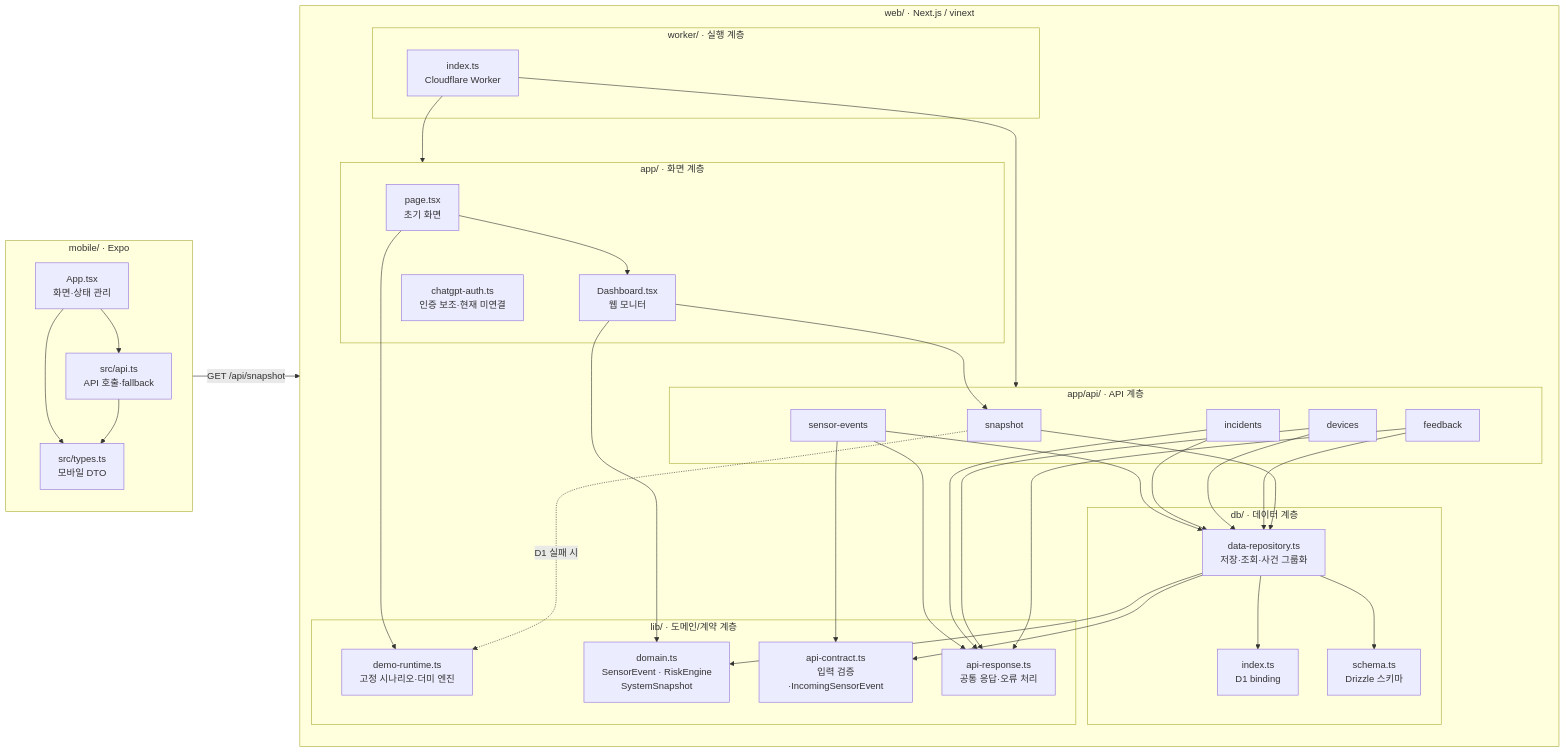
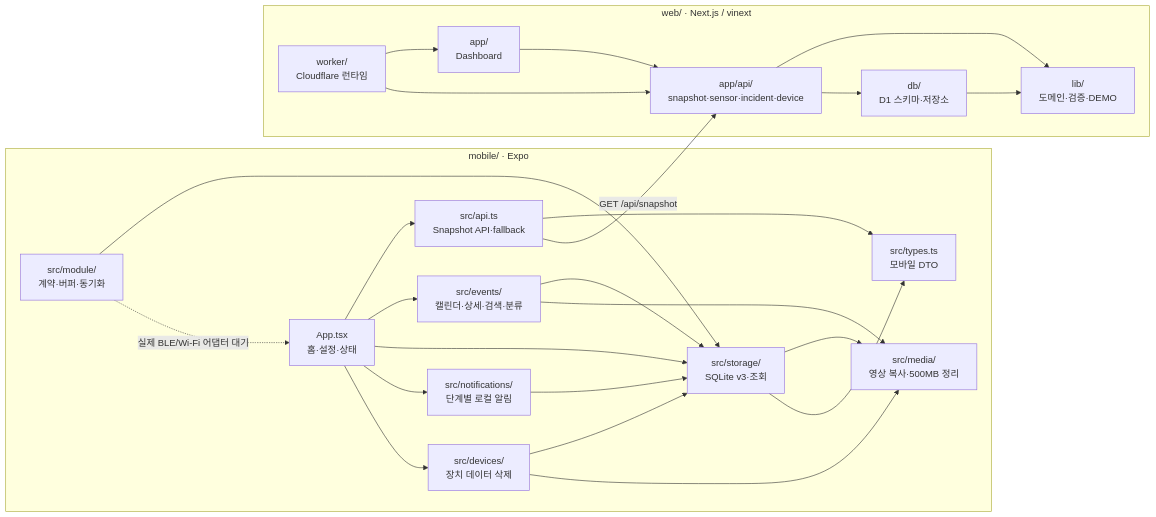
One commit to Uree1229/Risk-ZERO changed the diagram in docs/Diagram/01-package-diagram.md. Above: the diagram before and after it, drawn with Mermaid. The commit also changed other lines of this file and 35 other files, not shown here.

````diff
--- a/docs/Diagram/01-package-diagram.md
+++ b/docs/Diagram/01-package-diagram.md
@@ -9,75 +9,47 @@
 ```mermaid
 flowchart LR
     subgraph Mobile["mobile/ · Expo"]
-        direction TB
-        MobileApp["App.tsx<br/>화면·상태 관리"]
-        MobileAPI["src/api.ts<br/>API 호출·fallback"]
-        MobileTypes["src/types.ts<br/>모바일 DTO"]
+        App["App.tsx<br/>홈·설정·상태"]
+        Events["src/events/<br/>캘린더·상세·검색·분류"]
+        API["src/api.ts<br/>Snapshot API·fallback"]
+        Module["src/module/<br/>계약·버퍼·동기화"]
+        Storage["src/storage/<br/>SQLite v3·조회"]
+        Media["src/media/<br/>영상 복사·500MB 정리"]
+        Notify["src/notifications/<br/>단계별 로컬 알림"]
+        Devices["src/devices/<br/>장치 데이터 삭제"]
+        Types["src/types.ts<br/>모바일 DTO"]
 
-        MobileApp --> MobileAPI
-        MobileApp --> MobileTypes
-        MobileAPI --> MobileTypes
+        App --> API
+        App --> Events
+        App --> Storage
+        App --> Notify
+        App --> Devices
+        Events --> Storage
+        Events --> Media
+        Module --> Storage
+        Storage --> Media
+        Notify --> Storage
+        Devices --> Storage
+        Devices --> Media
+        API --> Types
+        Storage --> Types
     end
 
     subgraph Web["web/ · Next.js / vinext"]
-        direction TB
+        UI["app/<br/>Dashboard"]
+        Routes["app/api/<br/>snapshot·sensor·incident·device"]
+        Domain["lib/<br/>도메인·검증·DEMO"]
+        Repo["db/<br/>D1 스키마·저장소"]
+        Worker["worker/<br/>Cloudflare 런타임"]
 
-        subgraph Presentation["app/ · 화면 계층"]
-            Page["page.tsx<br/>초기 화면"]
-            Dashboard["Dashboard.tsx<br/>웹 모니터"]
-            AuthHelper["chatgpt-auth.ts<br/>인증 보조·현재 미연결"]
-        end
-
-        subgraph Controllers["app/api/ · API 계층"]
-            SnapshotAPI["snapshot"]
-            SensorAPI["sensor-events"]
-            IncidentAPI["incidents"]
-            DeviceAPI["devices"]
-            FeedbackAPI["feedback"]
-        end
-
-        subgraph Domain["lib/ · 도메인/계약 계층"]
-            DomainTypes["domain.ts<br/>SensorEvent · RiskEngine<br/>SystemSnapshot"]
-            APIContract["api-contract.ts<br/>입력 검증·IncomingSensorEvent"]
-            APIResponse["api-response.ts<br/>공통 응답·오류 처리"]
-            DemoRuntime["demo-runtime.ts<br/>고정 시나리오·더미 엔진"]
-        end
-
-        subgraph Persistence["db/ · 데이터 계층"]
-            DBIndex["index.ts<br/>D1 binding"]
-            Repository["data-repository.ts<br/>저장·조회·사건 그룹화"]
-            Schema["schema.ts<br/>Drizzle 스키마"]
-        end
-
-        subgraph Runtime["worker/ · 실행 계층"]
-            Worker["index.ts<br/>Cloudflare Worker"]
-        end
-
-        Page --> DemoRuntime
-        Page --> Dashboard
-        Dashboard --> DomainTypes
-        Dashboard --> SnapshotAPI
-
-        SensorAPI --> APIContract
-        SensorAPI --> APIResponse
-        IncidentAPI --> APIResponse
-        DeviceAPI --> APIResponse
-        FeedbackAPI --> APIResponse
-
-        SensorAPI --> Repository
-        IncidentAPI --> Repository
-        DeviceAPI --> Repository
-        FeedbackAPI --> Repository
-        SnapshotAPI --> Repository
-        SnapshotAPI -. "D1 실패 시" .-> DemoRuntime
-
-        Repository --> APIContract
-        Repository --> DomainTypes
-        Repository --> DBIndex
-        Repository --> Schema
-        Worker --> Controllers
-        Worker --> Presentation
+        Worker --> UI
+        Worker --> Routes
+        UI --> Routes
+        Routes --> Domain
+        Routes --> Repo
+        Repo --> Domain
     end
 
-    MobileAPI -->|"GET /api/snapshot"| SnapshotAPI
+    API -->|"GET /api/snapshot"| Routes
+    Module -. "실제 BLE/Wi-Fi 어댑터 대기" .-> App
 ```
````
